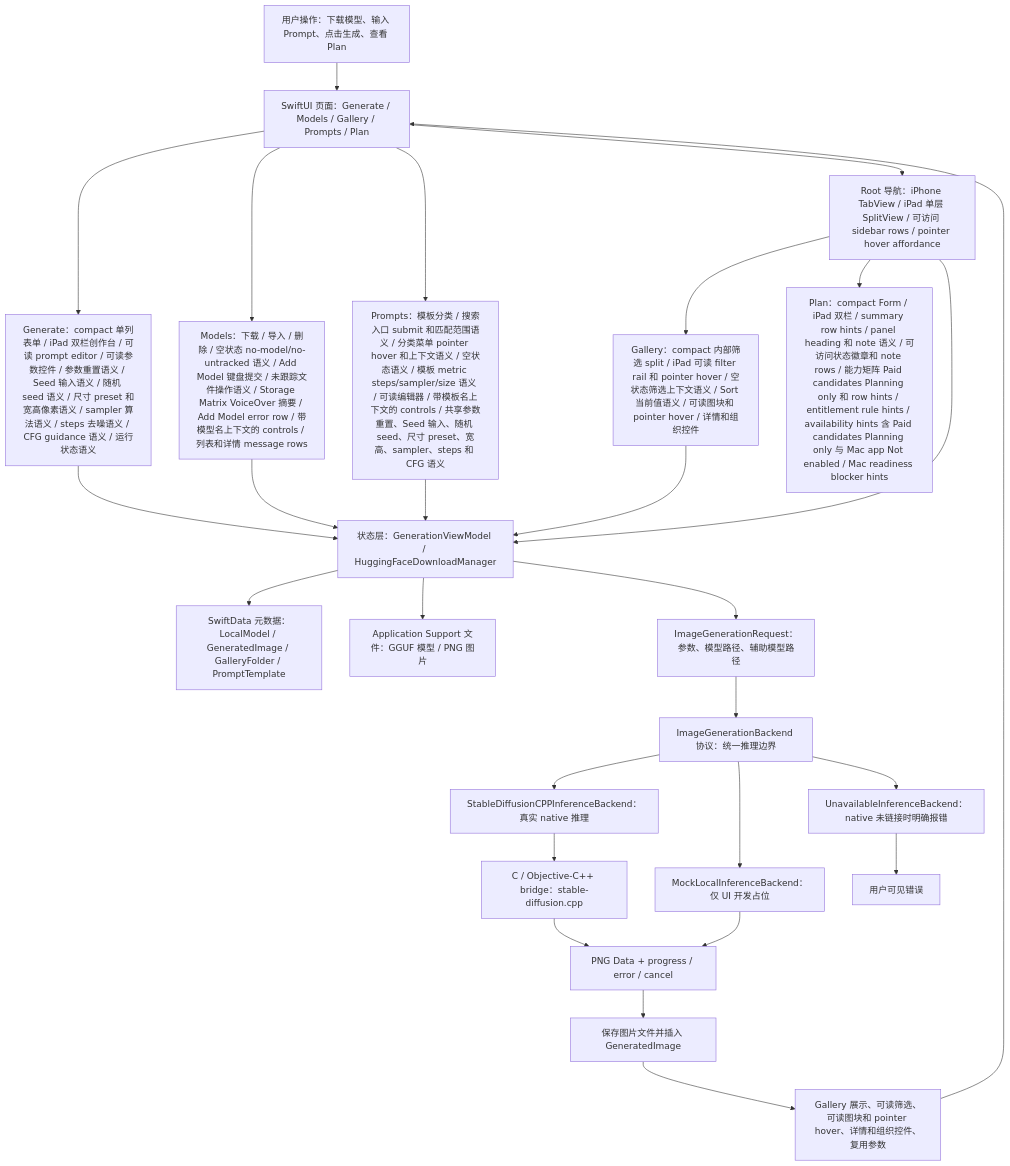
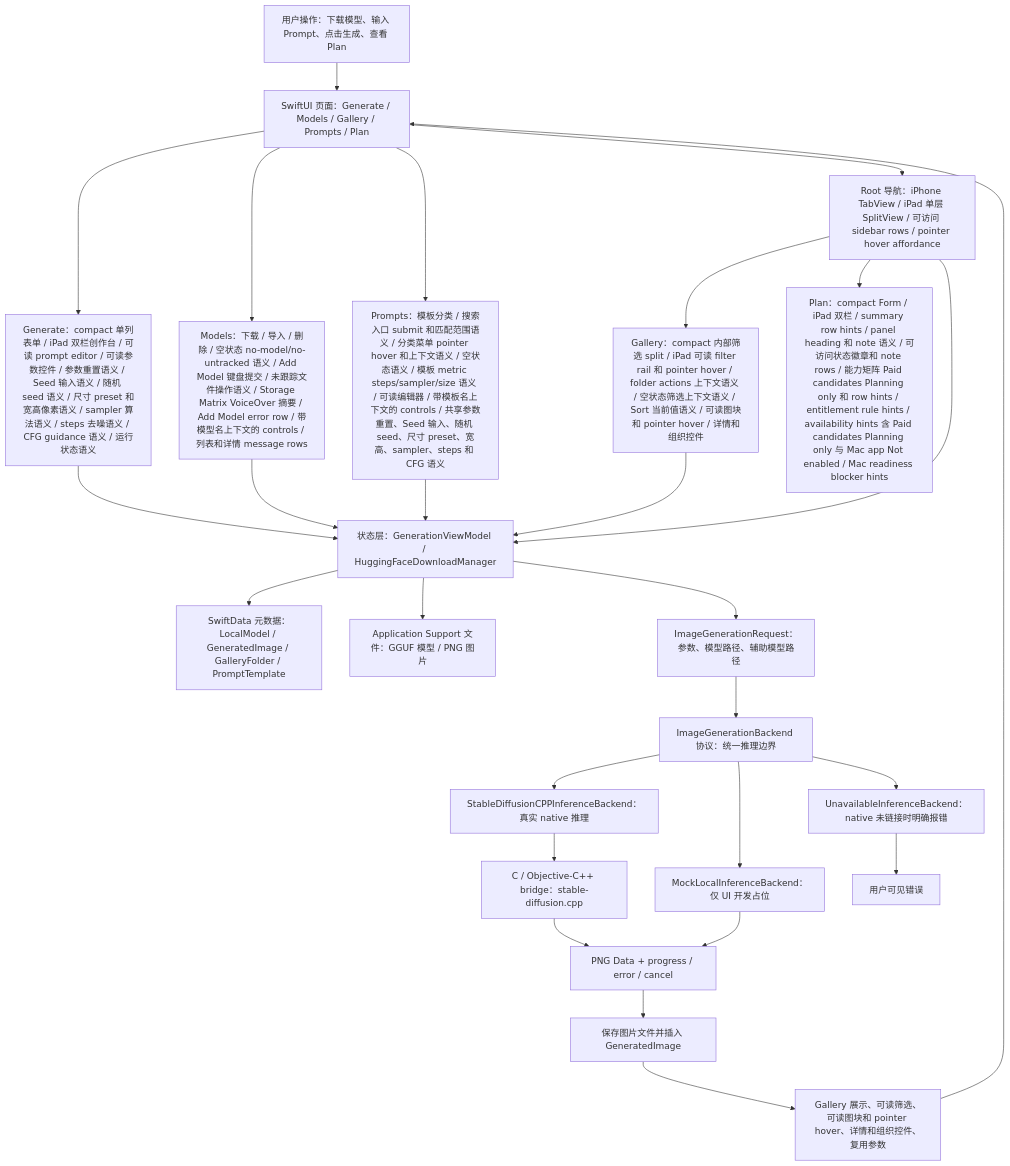
The first of 7 diagrams in md/flow/flowchart.md (Altman-sam114/118), drawn with Mermaid before and after one commit. The commit also changed 5 other files, not shown here.

First line of the commit message:
v1.59: Gallery folder action accessibility

````diff
--- a/md/flow/flowchart.md
+++ b/md/flow/flowchart.md
@@ -9,29 +9,29 @@
 ```mermaid
 flowchart TD
   U["用户操作：下载模型、输入 Prompt、点击生成、查看 Plan"] --> UI["SwiftUI 页面：Generate / Models / Gallery / Prompts / Plan"]
   UI --> GENUI["Generate：compact 单列表单 / iPad 双栏创作台 / 可读 prompt editor / 可读参数控件 / 参数重置语义 / Seed 输入语义 / 随机 seed 语义 / 尺寸 preset 和宽高像素语义 / sampler 算法语义 / steps 去噪语义 / CFG guidance 语义 / 运行状态语义"]
   UI --> MODELUI["Models：下载 / 导入 / 删除 / 空状态 no-model/no-untracked 语义 / Add Model 键盘提交 / 未跟踪文件操作语义 / Storage Matrix VoiceOver 摘要 / Add Model error row / 带模型名上下文的 controls / 列表和详情 message rows"]
   UI --> PROMPTUI["Prompts：模板分类 / 搜索入口 submit 和匹配范围语义 / 分类菜单 pointer hover 和上下文语义 / 空状态语义 / 模板 metric steps/sampler/size 语义 / 可读编辑器 / 带模板名上下文的 controls / 共享参数重置、Seed 输入、随机 seed、尺寸 preset、宽高、sampler、steps 和 CFG 语义"]
   UI --> NAV["Root 导航：iPhone TabView / iPad 单层 SplitView / 可访问 sidebar rows / pointer hover affordance"]
-  NAV --> GALUI["Gallery：compact 内部筛选 split / iPad 可读 filter rail 和 pointer hover / 空状态筛选上下文语义 / Sort 当前值语义 / 可读图块和 pointer hover / 详情和组织控件"]
+  NAV --> GALUI["Gallery：compact 内部筛选 split / iPad 可读 filter rail 和 pointer hover / folder actions 上下文语义 / 空状态筛选上下文语义 / Sort 当前值语义 / 可读图块和 pointer hover / 详情和组织控件"]
   NAV --> PLANUI["Plan：compact Form / iPad 双栏 / summary row hints / panel heading 和 note 语义 / 可访问状态徽章和 note rows / 能力矩阵 Paid candidates Planning only 和 row hints / entitlement rule hints / availability hints 含 Paid candidates Planning only 与 Mac app Not enabled / Mac readiness blocker hints"]
   NAV --> VM["状态层：GenerationViewModel / HuggingFaceDownloadManager"]
   GENUI --> VM
   MODELUI --> VM
   PROMPTUI --> VM
   GALUI --> VM
   VM --> SD["SwiftData 元数据：LocalModel / GeneratedImage / GalleryFolder / PromptTemplate"]
   VM --> FS["Application Support 文件：GGUF 模型 / PNG 图片"]
   VM --> REQ["ImageGenerationRequest：参数、模型路径、辅助模型路径"]
   REQ --> IFACE["ImageGenerationBackend 协议：统一推理边界"]
   IFACE --> NATIVE["StableDiffusionCPPInferenceBackend：真实 native 推理"]
   IFACE --> MOCK["MockLocalInferenceBackend：仅 UI 开发占位"]
   IFACE --> OFF["UnavailableInferenceBackend：native 未链接时明确报错"]
   NATIVE --> BRIDGE["C / Objective-C++ bridge：stable-diffusion.cpp"]
   BRIDGE --> PNG["PNG Data + progress / error / cancel"]
   MOCK --> PNG
   OFF --> ERR["用户可见错误"]
   PNG --> SAVE["保存图片文件并插入 GeneratedImage"]
   SAVE --> GALLERY["Gallery 展示、可读筛选、可读图块和 pointer hover、详情和组织控件、复用参数"]
   GALLERY --> UI
 ```
````
